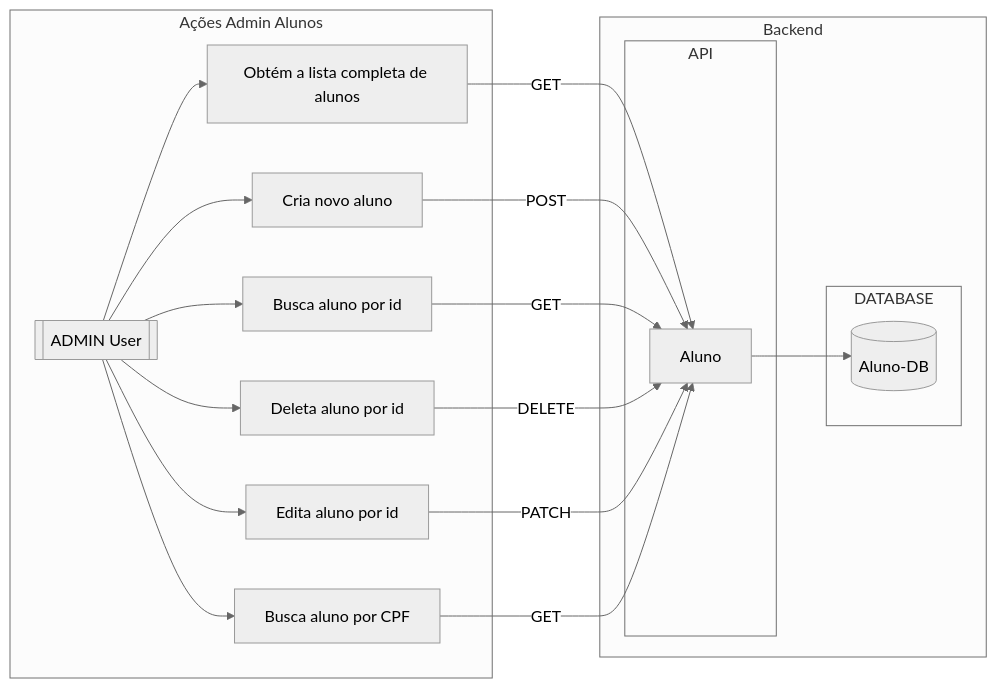
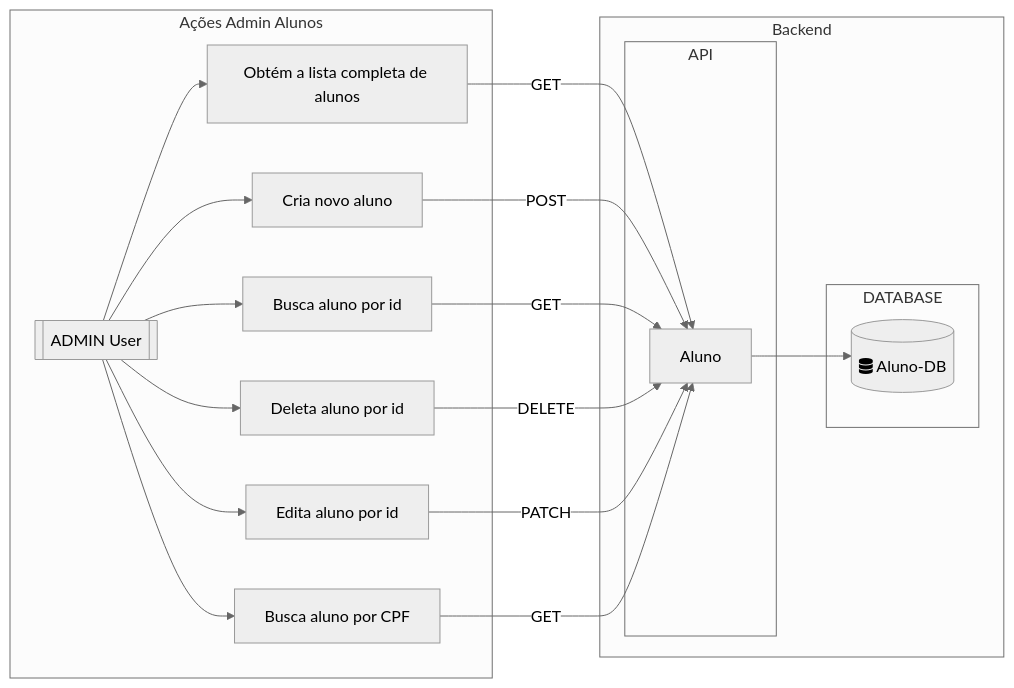
Before and after one commit to jtonynet/api-gin-rest: the diagram in README.md, drawn with Mermaid (neutral theme). The commit also changed other lines of this file, not shown here.

````diff
--- a/README.md
+++ b/README.md
@@ -145,38 +146,38 @@
 ```mermaid
 graph LR
   subgraph Ações Admin Alunos
     A[[ADMIN User]]
     B["Obtém a lista completa de alunos"]
     C["Cria novo aluno"]
     D["Busca aluno por id"]
     E["Deleta aluno por id"]
     F["Edita aluno por id"]
     G["Busca aluno por CPF"]
   end
 
   subgraph Backend 
     subgraph API
       Aluno["Aluno"]
     end
 
     subgraph DATABASE
-      Aluno-DB[("Aluno-DB")]
+      Aluno-DB[("fa:fa-database Aluno-DB")]
     end    
   end
 
   A --> B
   A --> C
   A --> D
   A --> E
   A --> F
   A --> G
 
   B -->|GET| Aluno
   C -->|POST| Aluno
   D -->|GET| Aluno
   E -->|DELETE| Aluno
   F -->|PATCH| Aluno
   G -->|GET| Aluno
 
   Aluno --> Aluno-DB
 ```
````
